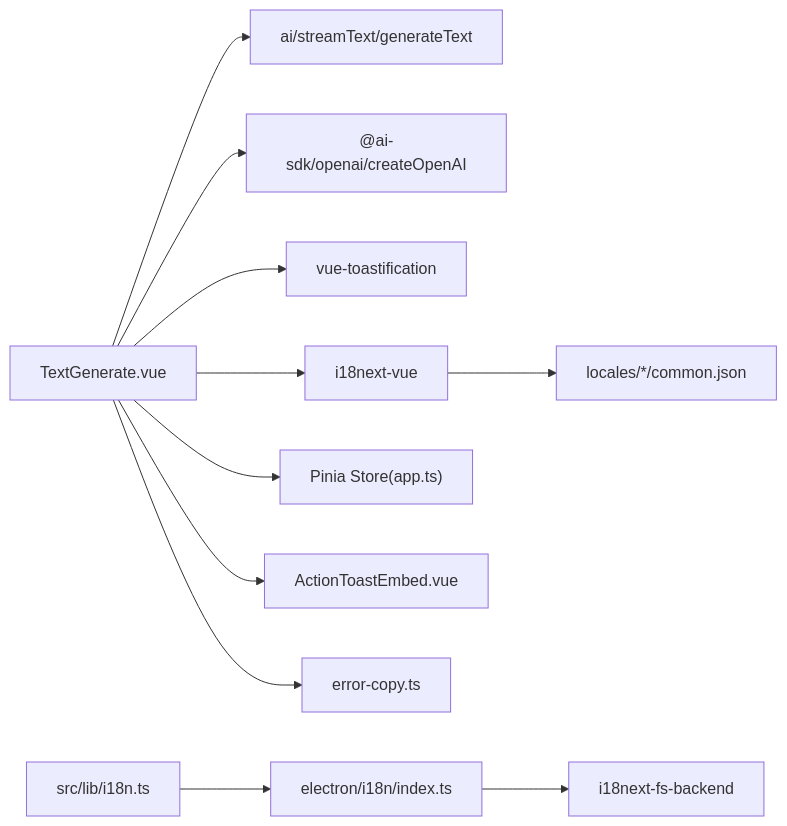
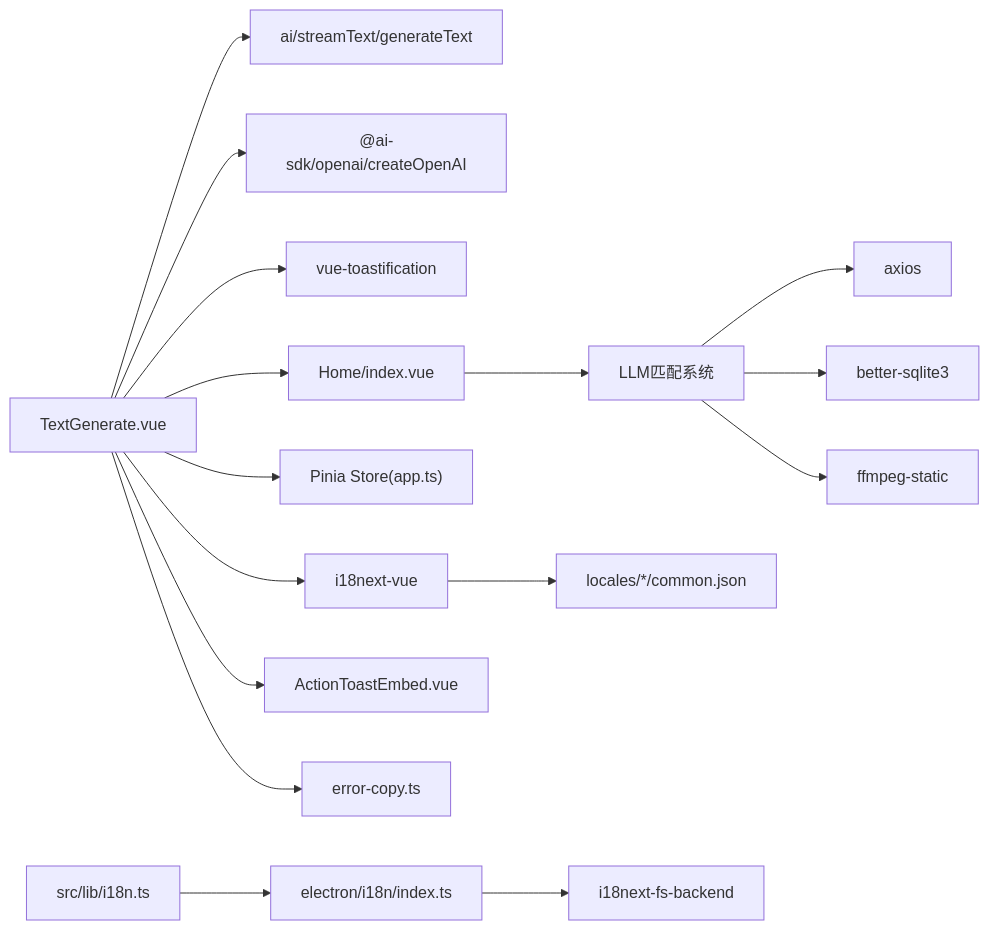
The seventh of 7 diagrams in .qoder/repowiki/zh/content/UI组件系统/文案生成组件.md (torans/crow.video), drawn with Mermaid before and after one commit. The commit also changed other lines of this file and 35 other files, not shown here.

````diff
--- a/.qoder/repowiki/zh/content/UI组件系统/文案生成组件.md
+++ b/.qoder/repowiki/zh/content/UI组件系统/文案生成组件.md
@@ -285,13 +444,18 @@
 ```mermaid
 graph LR
 TG["TextGenerate.vue"] --> AI["ai/streamText/generateText"]
 TG --> OA["@ai-sdk/openai/createOpenAI"]
 TG --> Toast["vue-toastification"]
 TG --> I18N["i18next-vue"]
 TG --> Store["Pinia Store(app.ts)"]
+TG --> Home["Home/index.vue"]
+Home --> LLM["LLM匹配系统"]
+LLM --> Axios["axios"]
+LLM --> SQLite["better-sqlite3"]
+LLM --> FFmpeg["ffmpeg-static"]
 I18N --> Locales["locales/*/common.json"]
 TG --> ToastComp["ActionToastEmbed.vue"]
 TG --> ErrCopy["error-copy.ts"]
 Front["src/lib/i18n.ts"] --> E_Init["electron/i18n/index.ts"]
 E_Init --> E_Backend["i18next-fs-backend"]
 ```
````
